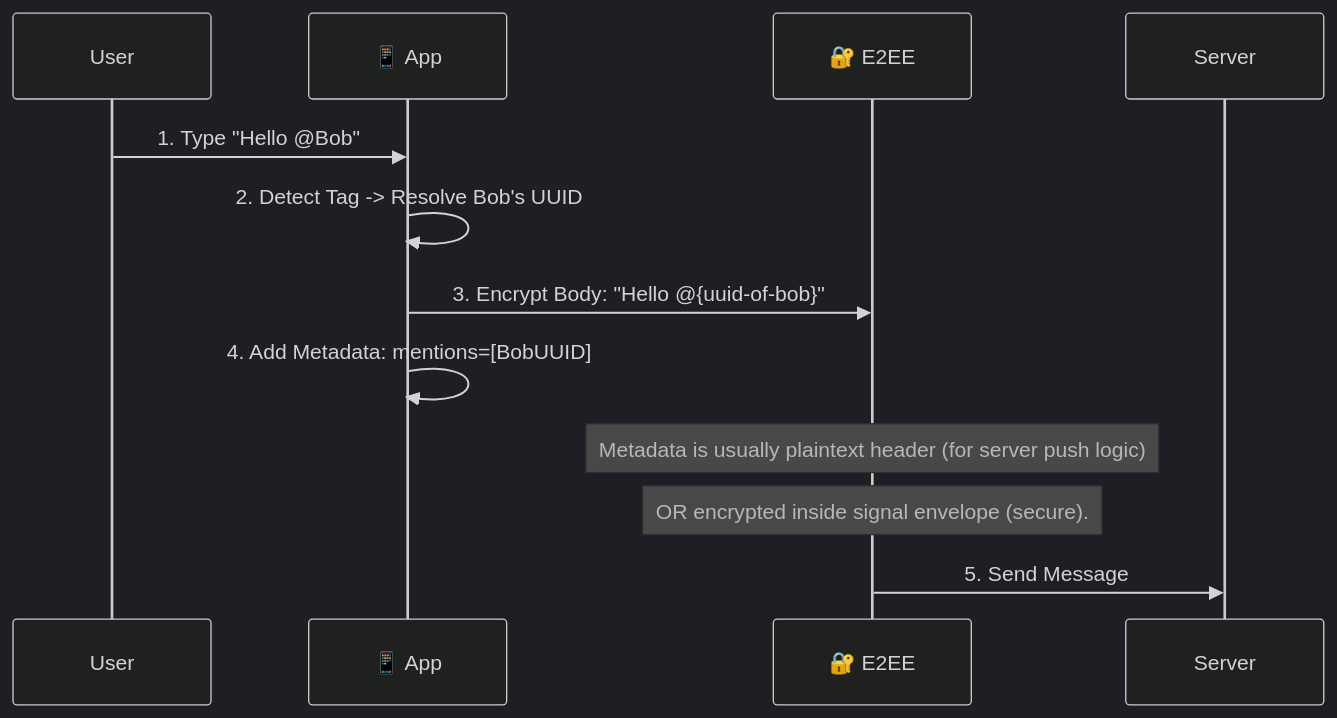
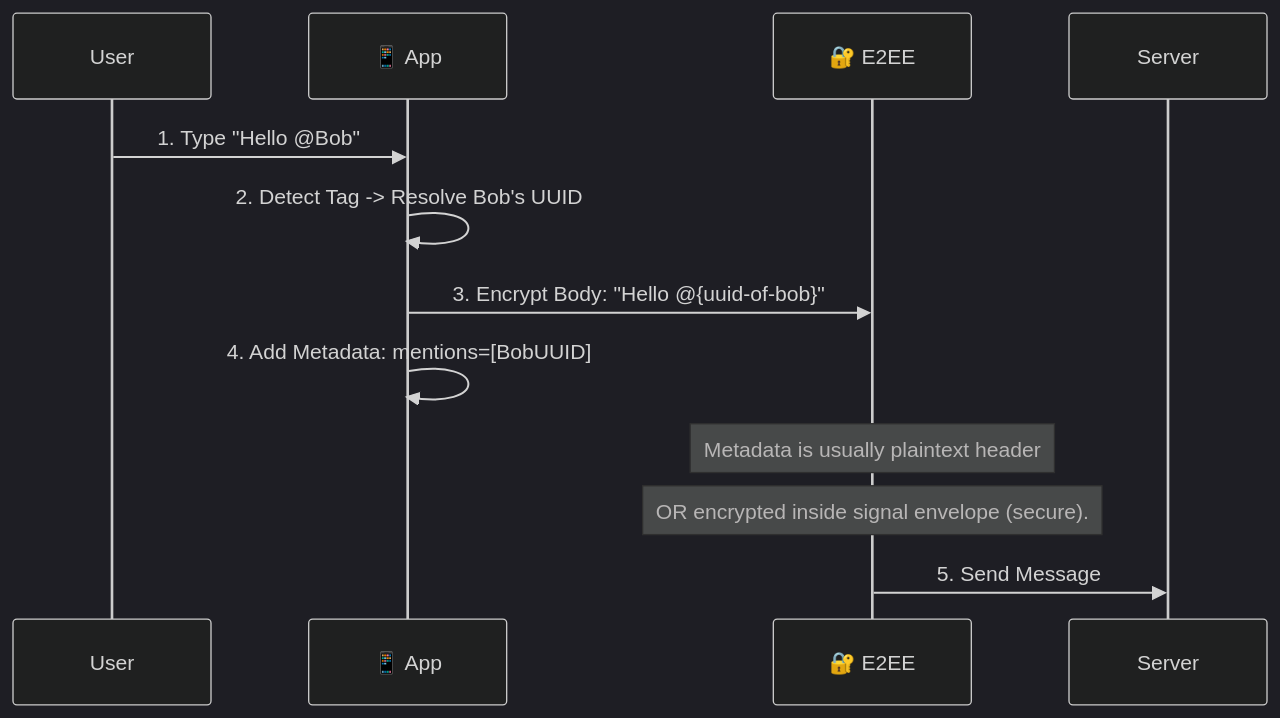
One commit to sameerctinfotech/temp-share changed diagram 16 of 18 in use_case.md. Above: the diagram before and after it, drawn with Mermaid (dark theme). The commit also changed other lines of this file and 1 other file, not shown here.

````diff
--- a/use_case.md
+++ b/use_case.md
@@ -333,16 +333,16 @@
 ```mermaid
 sequenceDiagram
     participant User
     participant App as 📱 App
     participant E2EE as 🔐 E2EE
 
     User->>App: 1. Type "Hello @Bob"
     App->>App: 2. Detect Tag -> Resolve Bob's UUID
     App->>E2EE: 3. Encrypt Body: "Hello @{uuid-of-bob}"
     App->>App: 4. Add Metadata: mentions=[BobUUID]
     
-    Note over E2EE: Metadata is usually plaintext header (for server push logic)
+    Note over E2EE: Metadata is usually plaintext header
     Note over E2EE: OR encrypted inside signal envelope (secure).
     
     E2EE->>Server: 5. Send Message
 ```
````
